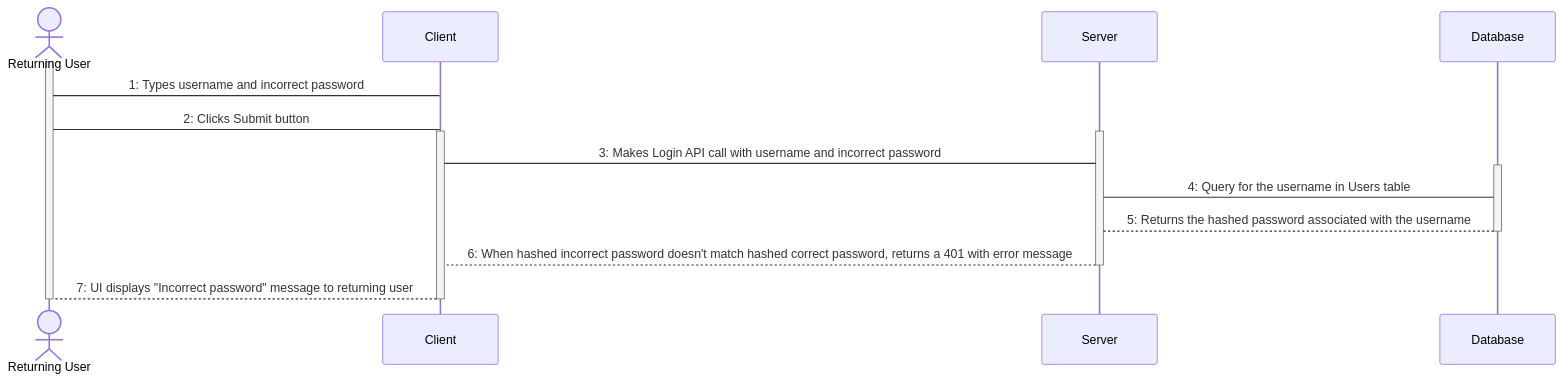
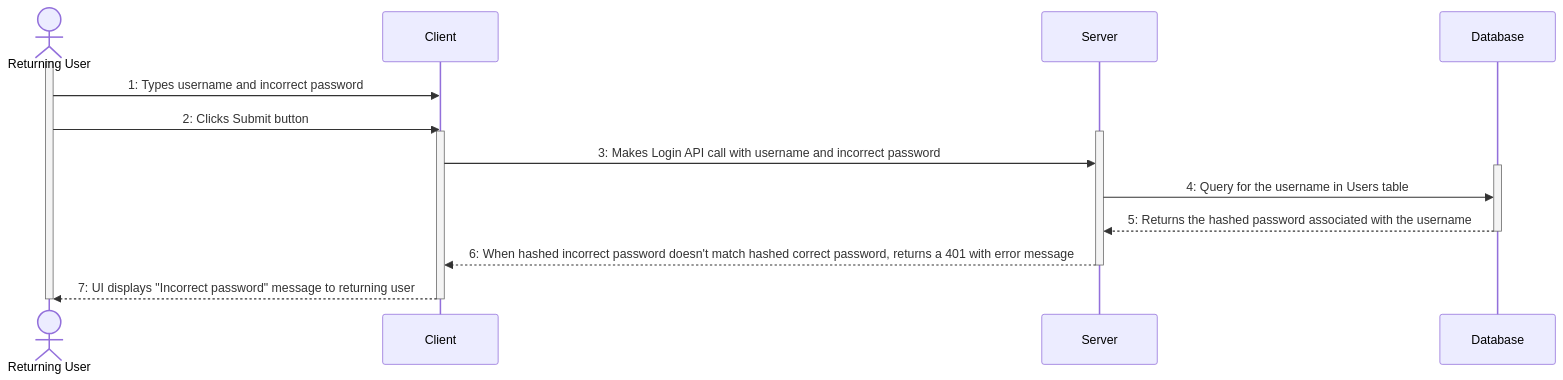
The diagram in sequence_diagrams/login_sequence_diagram.md (erdietri/DiagramAsCode_Mermaid), drawn with Mermaid before and after one commit.

Commit message:
Added arrow heads to lines in login_sequence_diagram.md

````diff
--- a/sequence_diagrams/login_sequence_diagram.md
+++ b/sequence_diagrams/login_sequence_diagram.md
@@ -3,22 +3,22 @@
 ```mermaid
 sequenceDiagram
     actor Returning User
     participant Client
     participant Server
     participant Database
     activate Returning User
-    Returning User->Client: 1: Types username and incorrect password
-    Returning User->Client: 2: Clicks Submit button
+    Returning User->>Client: 1: Types username and incorrect password
+    Returning User->>Client: 2: Clicks Submit button
     activate Client
     activate Server
-    Client->Server: 3: Makes Login API call with username and incorrect password
+    Client->>Server: 3: Makes Login API call with username and incorrect password
     activate Database
-    Server->Database: 4: Query for the username in Users table
-    Database-->Server: 5: Returns the hashed password associated with the username
+    Server->>Database: 4: Query for the username in Users table
+    Database-->>Server: 5: Returns the hashed password associated with the username
     deactivate Database
-    Server-->Client: 6: When hashed incorrect password doesn't match hashed correct password, returns a 401 with error message
+    Server-->>Client: 6: When hashed incorrect password doesn't match hashed correct password, returns a 401 with error message
     deactivate Server
-    Client-->Returning User: 7: UI displays "Incorrect password" message to returning user
+    Client-->>Returning User: 7: UI displays "Incorrect password" message to returning user
     deactivate Client
     deactivate Returning User
 ```
````
